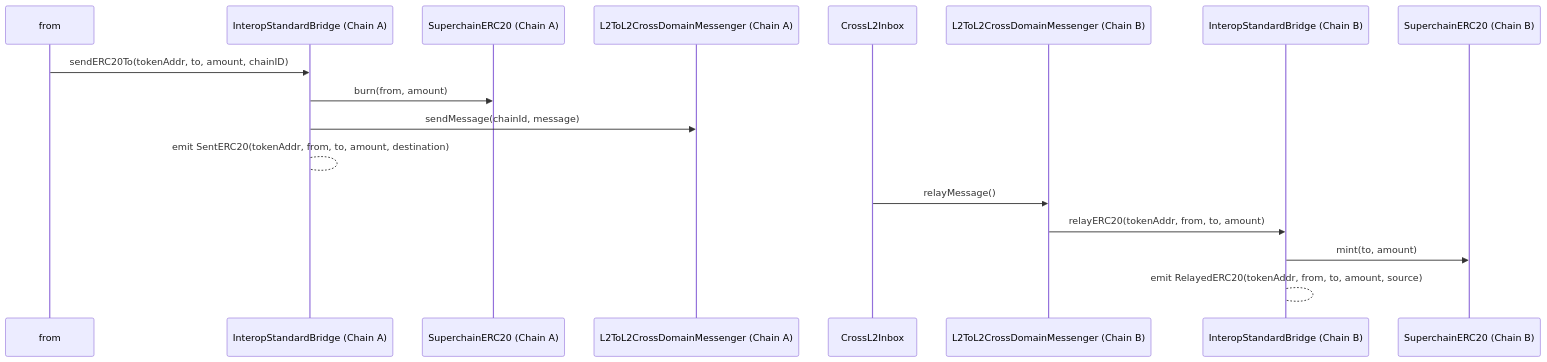
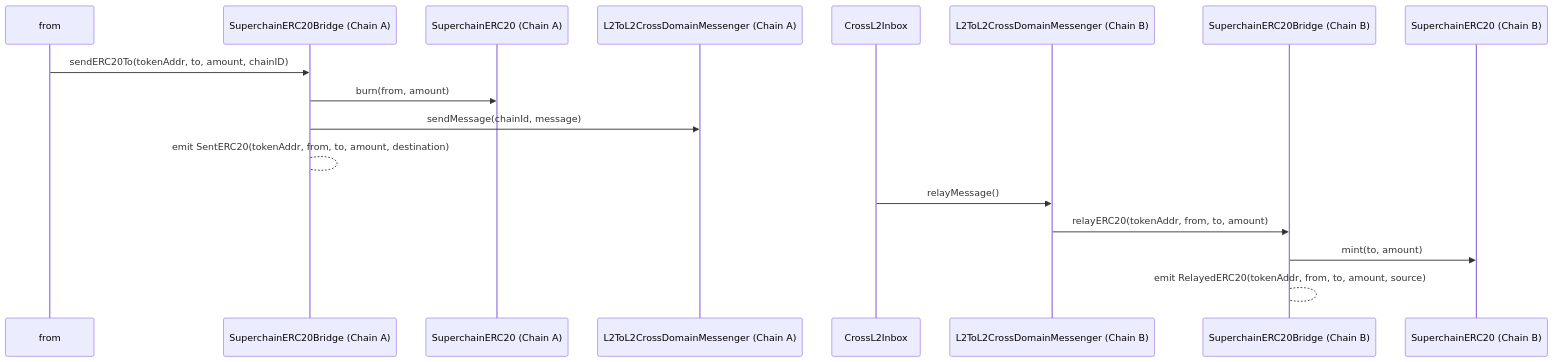
One commit to ethereum-optimism/specs changed the third of 3 diagrams in specs/interop/predeploys.md. Above: the diagram before and after it, drawn with Mermaid. The commit also changed other lines of this file and 1 other file, not shown here.

Commit message:
feat: changed naming from InteropStandardBridge for SuperchainERC20Bridge

````diff
--- a/specs/interop/predeploys.md
+++ b/specs/interop/predeploys.md
@@ -861,20 +861,20 @@
 ```mermaid
 sequenceDiagram
   participant from
-  participant L2SBA as InteropStandardBridge (Chain A)
+  participant L2SBA as SuperchainERC20Bridge (Chain A)
   participant SuperERC20_A as SuperchainERC20 (Chain A)
   participant Messenger_A as L2ToL2CrossDomainMessenger (Chain A)
   participant Inbox as CrossL2Inbox
   participant Messenger_B as L2ToL2CrossDomainMessenger (Chain B)
-  participant L2SBB as InteropStandardBridge (Chain B)
+  participant L2SBB as SuperchainERC20Bridge (Chain B)
   participant SuperERC20_B as SuperchainERC20 (Chain B)
 
   from->>L2SBA: sendERC20To(tokenAddr, to, amount, chainID)
   L2SBA->>SuperERC20_A: burn(from, amount)
   L2SBA->>Messenger_A: sendMessage(chainId, message)
   L2SBA-->L2SBA: emit SentERC20(tokenAddr, from, to, amount, destination)
   Inbox->>Messenger_B: relayMessage()
   Messenger_B->>L2SBB: relayERC20(tokenAddr, from, to, amount)
   L2SBB->>SuperERC20_B: mint(to, amount)
   L2SBB-->L2SBB: emit RelayedERC20(tokenAddr, from, to, amount, source)
 ```
````
